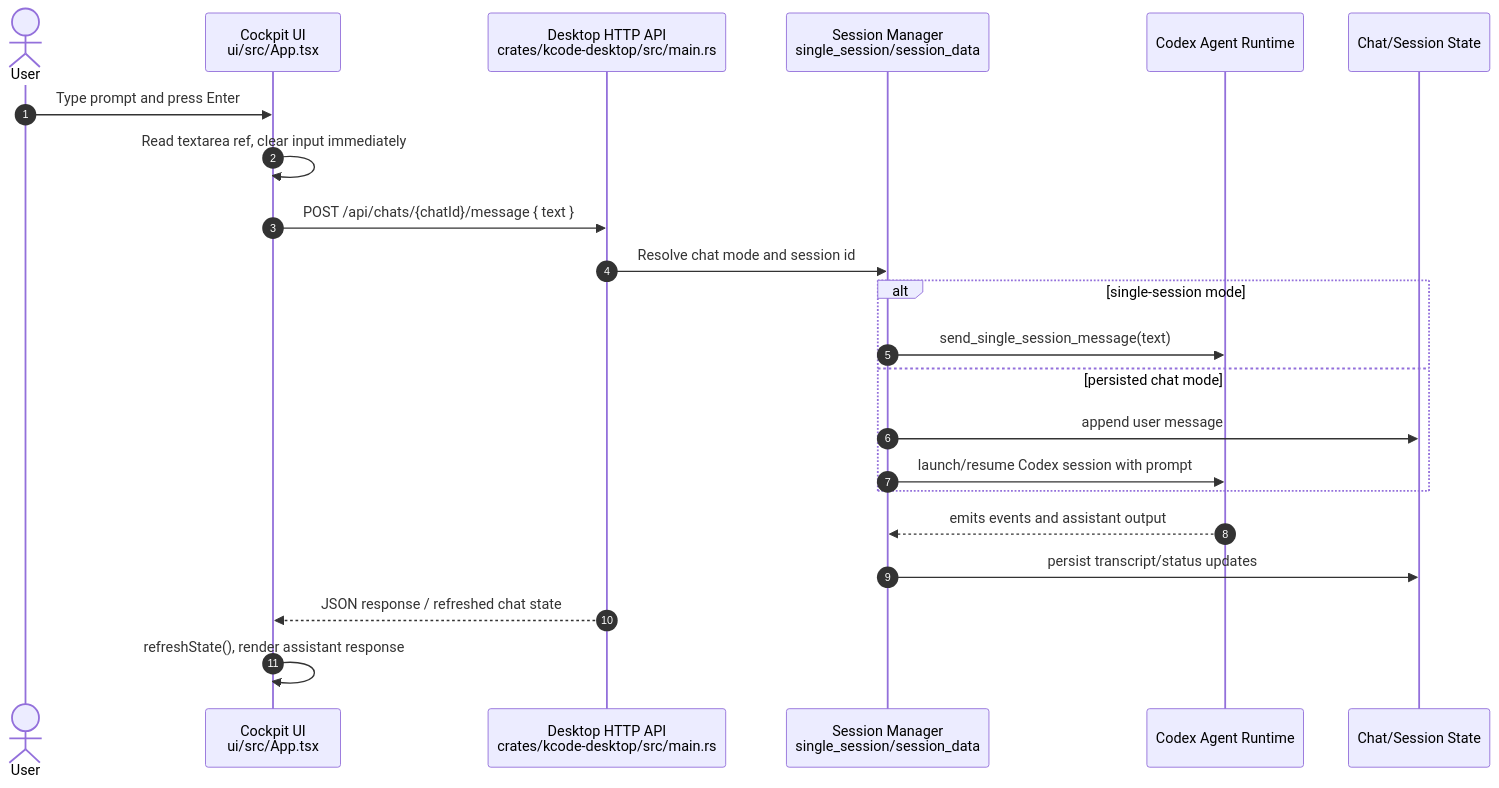
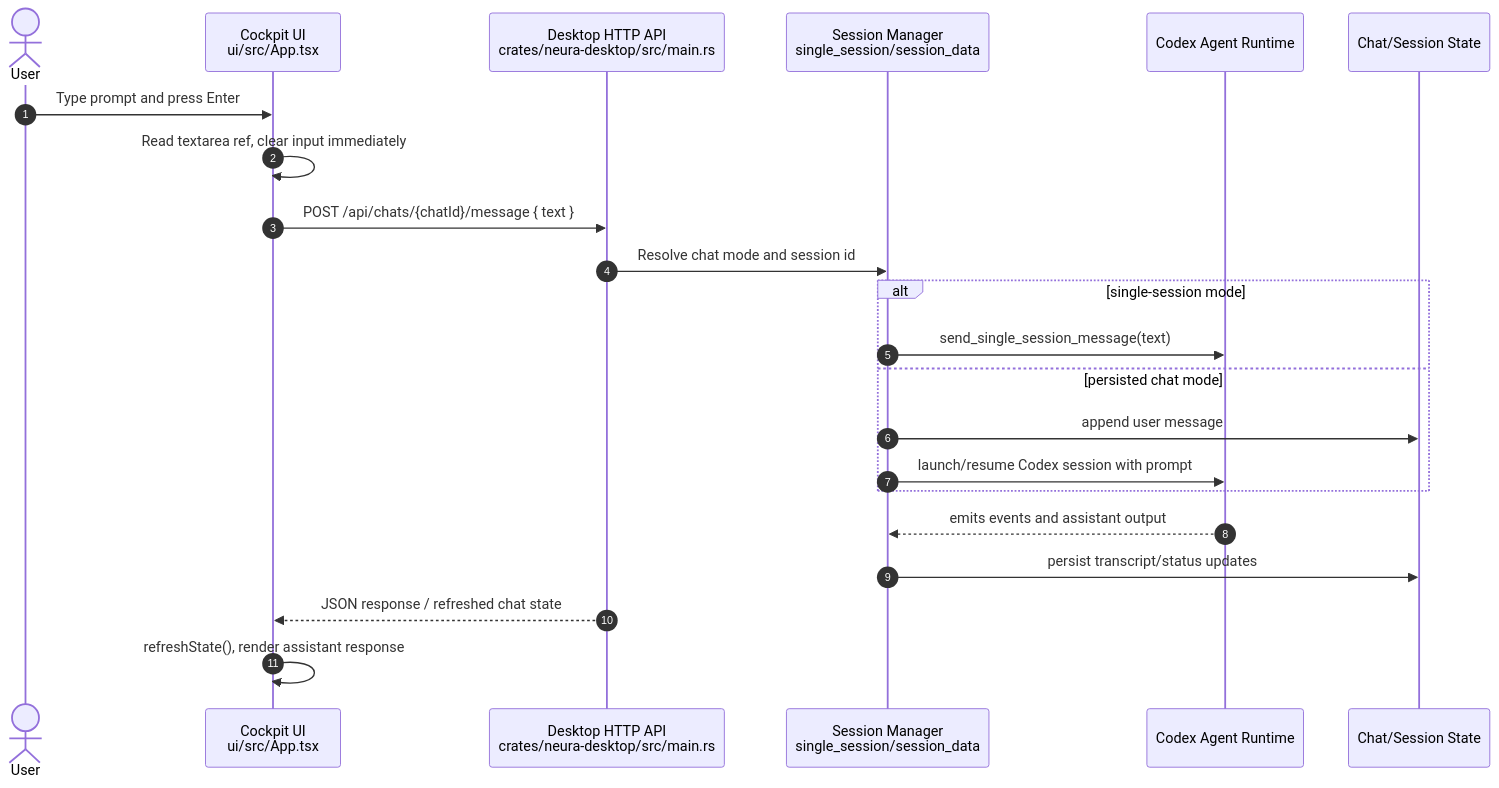
One commit to icedmoca/neura changed the first of 2 diagrams in docs/newtest.md. Above: the diagram before and after it, drawn with Mermaid. The commit also changed other lines of this file and 562 other files, not shown here.

Commit message:
Rename Kcode to Neura

````diff
--- a/docs/newtest.md
+++ b/docs/newtest.md
@@ -5,27 +5,27 @@
 ```mermaid
 sequenceDiagram
     autonumber
     actor User
     participant UI as Cockpit UI<br/>ui/src/App.tsx
-    participant API as Desktop HTTP API<br/>crates/kcode-desktop/src/main.rs
+    participant API as Desktop HTTP API<br/>crates/neura-desktop/src/main.rs
     participant Session as Session Manager<br/>single_session/session_data
     participant Agent as Codex Agent Runtime
     participant Store as Chat/Session State
 
     User->>UI: Type prompt and press Enter
     UI->>UI: Read textarea ref, clear input immediately
     UI->>API: POST /api/chats/{chatId}/message { text }
     API->>Session: Resolve chat mode and session id
 
     alt single-session mode
         Session->>Agent: send_single_session_message(text)
     else persisted chat mode
         Session->>Store: append user message
         Session->>Agent: launch/resume Codex session with prompt
     end
 
     Agent-->>Session: emits events and assistant output
     Session->>Store: persist transcript/status updates
     API-->>UI: JSON response / refreshed chat state
     UI->>UI: refreshState(), render assistant response
 ```
````
